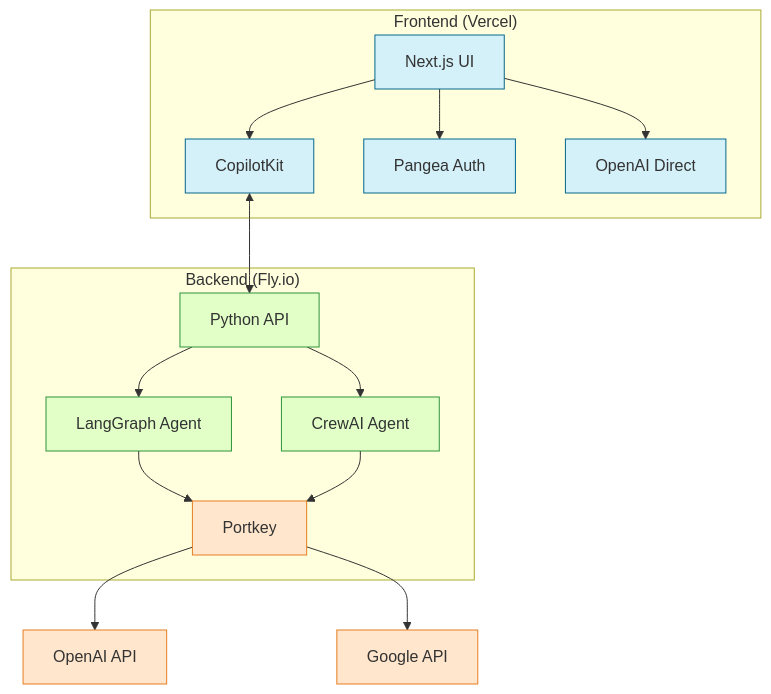
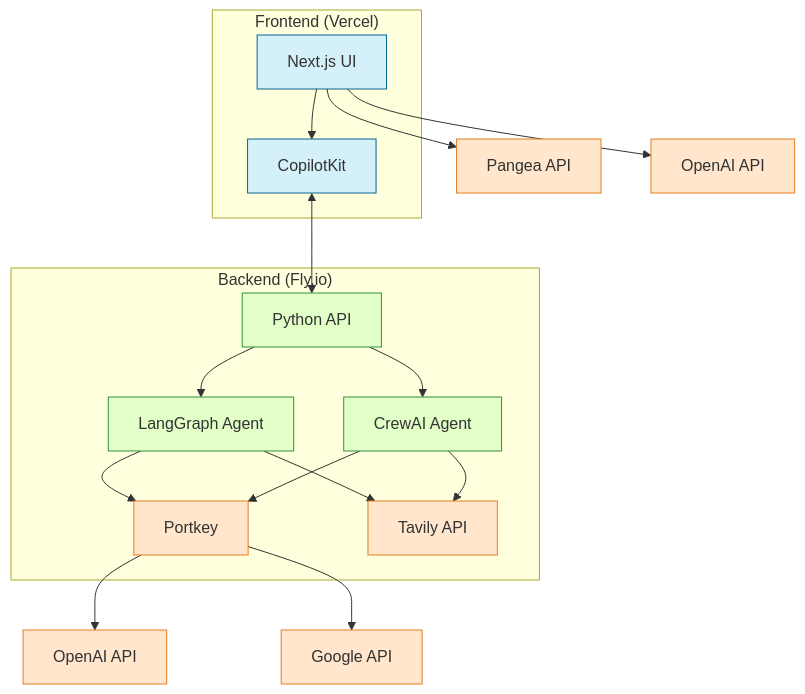
Before and after one commit to smpnet74/scotts-perplexity-clone: the diagram in readme.md, drawn with Mermaid. The commit also changed other lines of this file and 2 other files, not shown here.

Commit message:
cleanup and updates to readme.md

````diff
--- a/readme.md
+++ b/readme.md
@@ -9,28 +9,30 @@
 ```mermaid
 graph TB
     subgraph "Frontend (Vercel)"
         UI[Next.js UI] --> CK[CopilotKit]
-        UI --> PangeaAuth[Pangea Auth]
-        UI --> OpenAIDirect[OpenAI Direct]
     end
     
     subgraph "Backend (Fly.io)"
         API[Python API] --> LangGraph[LangGraph Agent]
         API --> CrewAI[CrewAI Agent]
         LangGraph --> Portkey
         CrewAI --> Portkey
+        LangGraph --> TavilyAPI[Tavily API]
+        CrewAI --> TavilyAPI
     end
     
+    UI --> PangeaAPI[Pangea API]
+    UI --> OpenAIAPI[OpenAI API]
     CK <--> API
     
     Portkey --> OpenAI[OpenAI API]
     Portkey --> Google[Google API]
     
     classDef frontend fill:#d4f1f9,stroke:#05668d
     classDef backend fill:#e1ffc7,stroke:#2e933c
     classDef external fill:#ffe6cc,stroke:#e67e22
     
-    class UI,CK,PangeaAuth,OpenAIDirect frontend
+    class UI,CK frontend
     class API,LangGraph,CrewAI backend
-    class Portkey,OpenAI,Google external
+    class Portkey,OpenAI,Google,PangeaAPI,OpenAIAPI,TavilyAPI external
 ```
````
